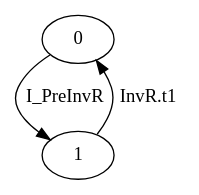
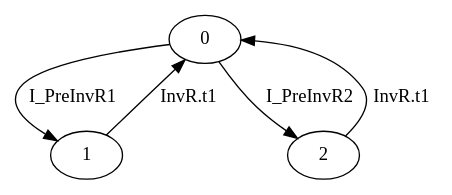
The diagram in src/cspspecs/SenderReceiver/SENDER.dot (nsrosa70/midarch-go-v13), drawn with Graphviz before and after one commit. The commit also changed 21 other files, not shown here.

```diff
--- a/src/cspspecs/SenderReceiver/SENDER.dot
+++ b/src/cspspecs/SenderReceiver/SENDER.dot
@@ -1,4 +1,6 @@
 digraph G {
-  0 -> 1 [ label="I_PreInvR" ];
+  0 -> 1 [ label="I_PreInvR1" ];
+  0 -> 2 [ label="I_PreInvR2" ];
   1 -> 0 [ label="InvR.t1" ];
+  2 -> 0 [ label="InvR.t1" ];
 }
```
